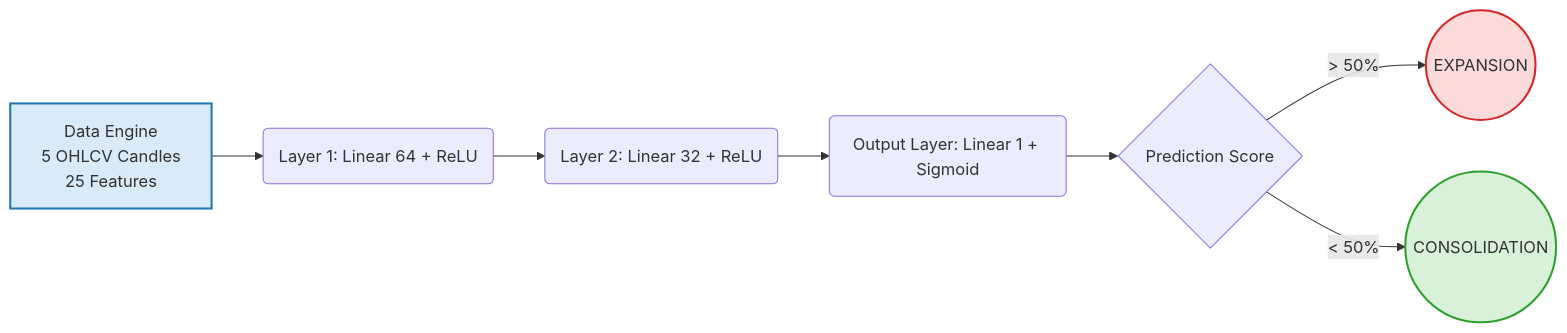
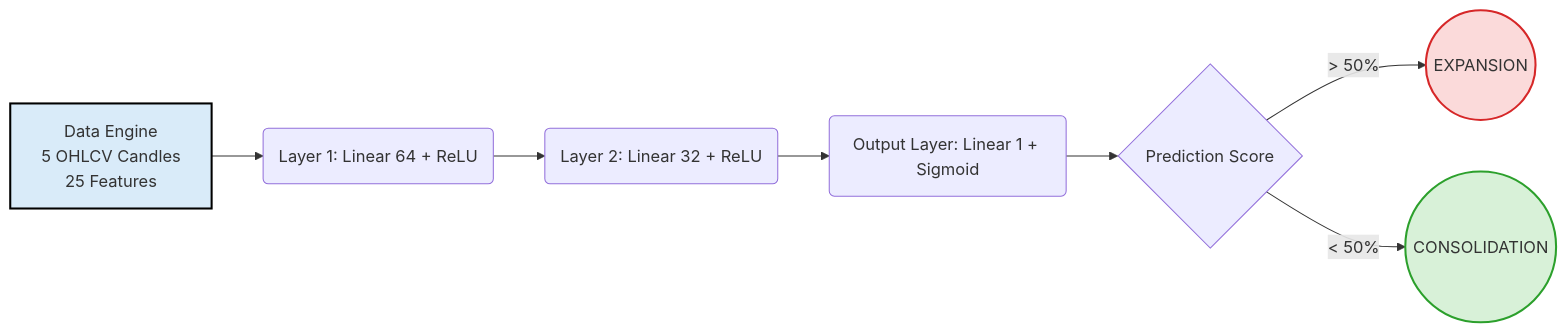
One commit to PotatoCodez127/omni-volatility-classifier changed the diagram in README.md. Above: the diagram before and after it, drawn with Mermaid.

````diff
--- a/README.md
+++ b/README.md
@@ -9,13 +9,13 @@
 ```mermaid
 graph LR
     A[Data Engine<br/>5 OHLCV Candles<br/>25 Features] --> B(Layer 1: Linear 64 + ReLU)
     B --> C(Layer 2: Linear 32 + ReLU)
     C --> D(Output Layer: Linear 1 + Sigmoid)
     D --> E{Prediction Score}
     E -->|> 50%| F((EXPANSION))
     E -->|< 50%| G((CONSOLIDATION))
     
-    style A fill:#d9ebf9,stroke:#1f77b4,stroke-width:2px
+    style A fill:#d9ebf9,stroke:#000000,stroke-width:2px
     style F fill:#fbdada,stroke:#d62728,stroke-width:2px
     style G fill:#d8f1d8,stroke:#2ca02c,stroke-width:2px
 ```
````
